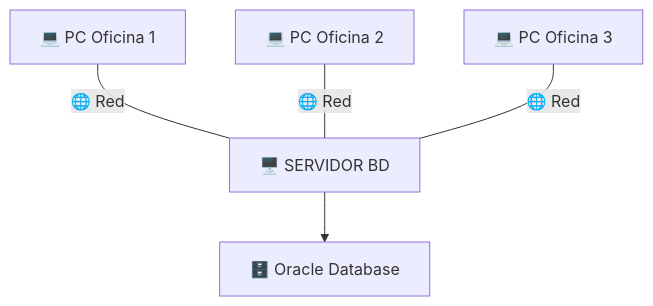
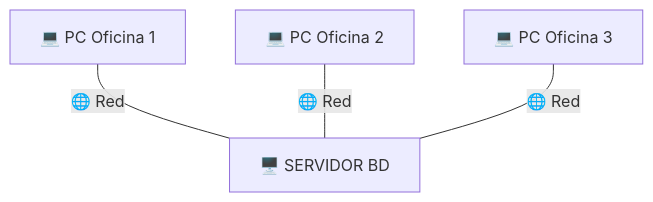
One commit to martalopezron92/1DAW-BBDD changed the fifth of 8 diagrams in presentaciones/Presentacion_UD1_Modelos_Arquitectura.md. Above: the diagram before and after it, drawn with Mermaid. The commit also changed other lines of this file, not shown here.

````diff
--- a/presentaciones/Presentacion_UD1_Modelos_Arquitectura.md
+++ b/presentaciones/Presentacion_UD1_Modelos_Arquitectura.md
@@ -541,8 +541,7 @@
 ```mermaid
 graph TD
     A[💻 PC Oficina 1] ---|🌐 Red| D[🖥️ SERVIDOR BD]
     B[💻 PC Oficina 2] ---|🌐 Red| D
     C[💻 PC Oficina 3] ---|🌐 Red| D
-    
-    D --> E[🗄️ Oracle Database]
+
 ```
````
